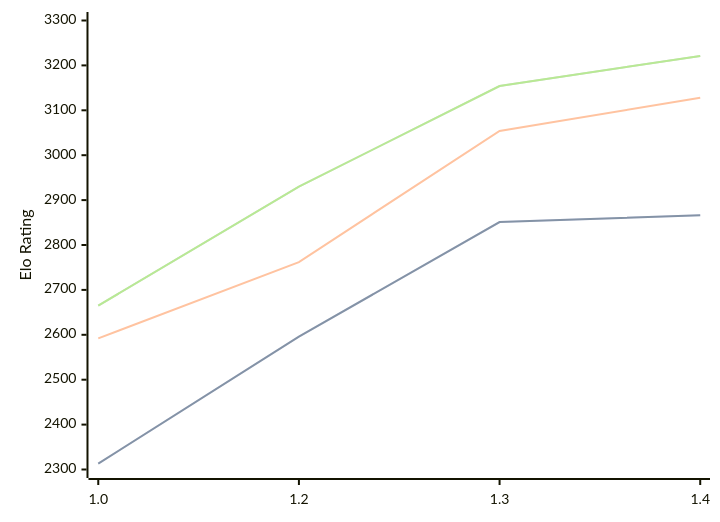
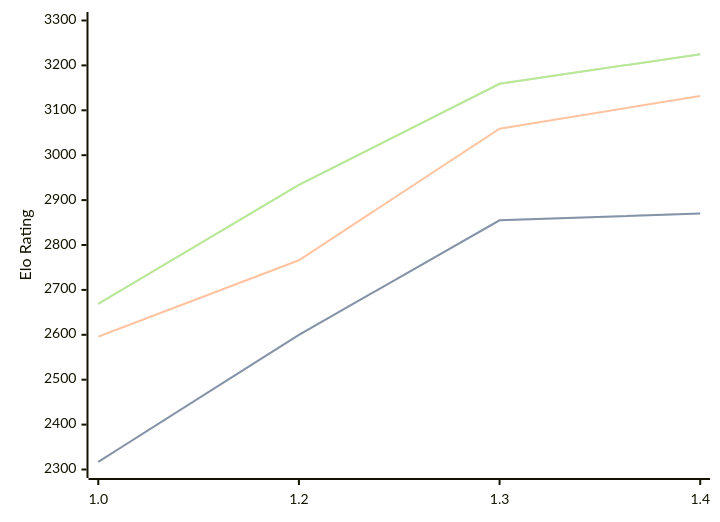
Before and after one commit to computer-chess-index/cci: the diagram in engines/Chessnix.md, drawn with Mermaid. The commit also changed other lines of this file, not shown here.

Commit message:
Update CCI Ratings (ELO VLTC) - 2026-08-18

````diff
--- a/engines/Chessnix.md
+++ b/engines/Chessnix.md
@@ -34,11 +34,11 @@
 ```mermaid
 %%{init: {"theme":"base","themeVariables":{"seriesColors:['#a3a3a3','#222221','#faa371']}}}%%
 xychart-beta
   x-axis ["1.0", "1.2", "1.3", "1.4"]
   y-axis "Elo Rating" 2300 --> 3300
-  line "STC (8.0+0.08s)" [2313, 2596, 2851, 2866]
-  line "STC (8.0+0.08s)" [2313, 2596, 2851, 2866]
-  line "LTC (60.0+0.60s)" [2592, 2762, 3054, 3128]
-  line "VLTC (2m24s+1.12s)" [2665, 2930, 3154, 3221]
-  line "VLTC (2m24s+1.12s)" [2665, 2930, 3154, 3221]
+  line "STC (8.0+0.08s)" [2317, 2600, 2855, 2870]
+  line "STC (8.0+0.08s)" [2317, 2600, 2855, 2870]
+  line "LTC (60.0+0.60s)" [2596, 2766, 3059, 3132]
+  line "VLTC (2m24s+1.12s)" [2669, 2934, 3159, 3225]
+  line "VLTC (2m24s+1.12s)" [2669, 2934, 3159, 3225]
 ```
````
